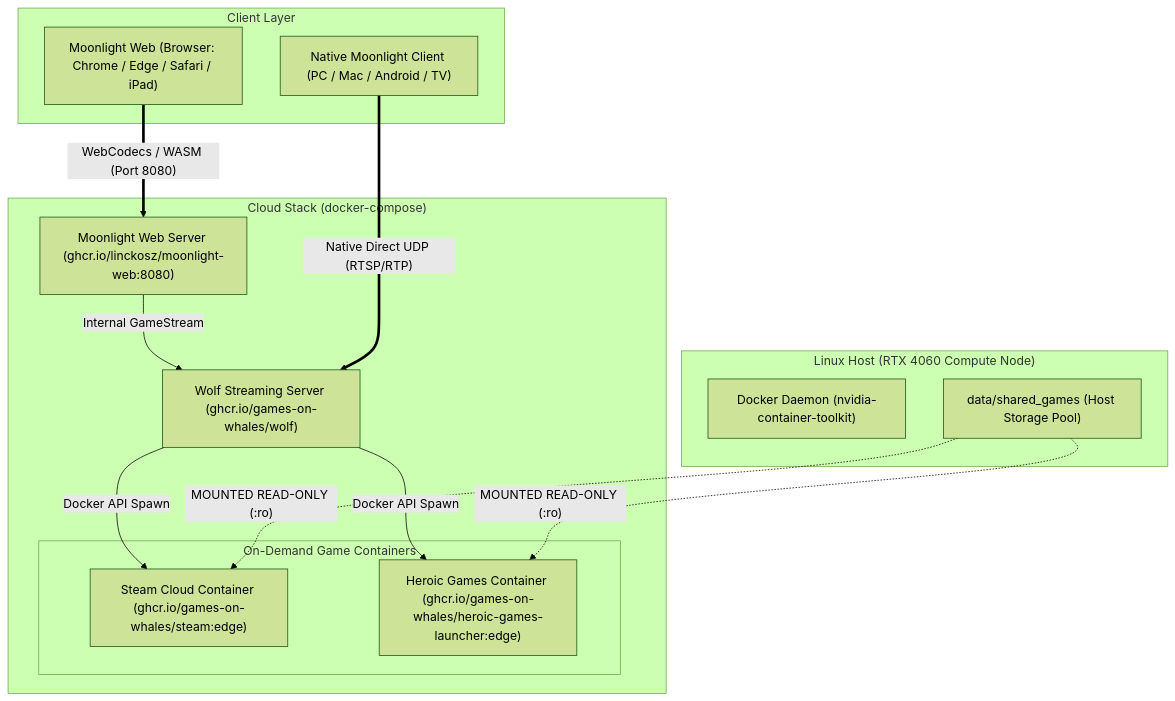
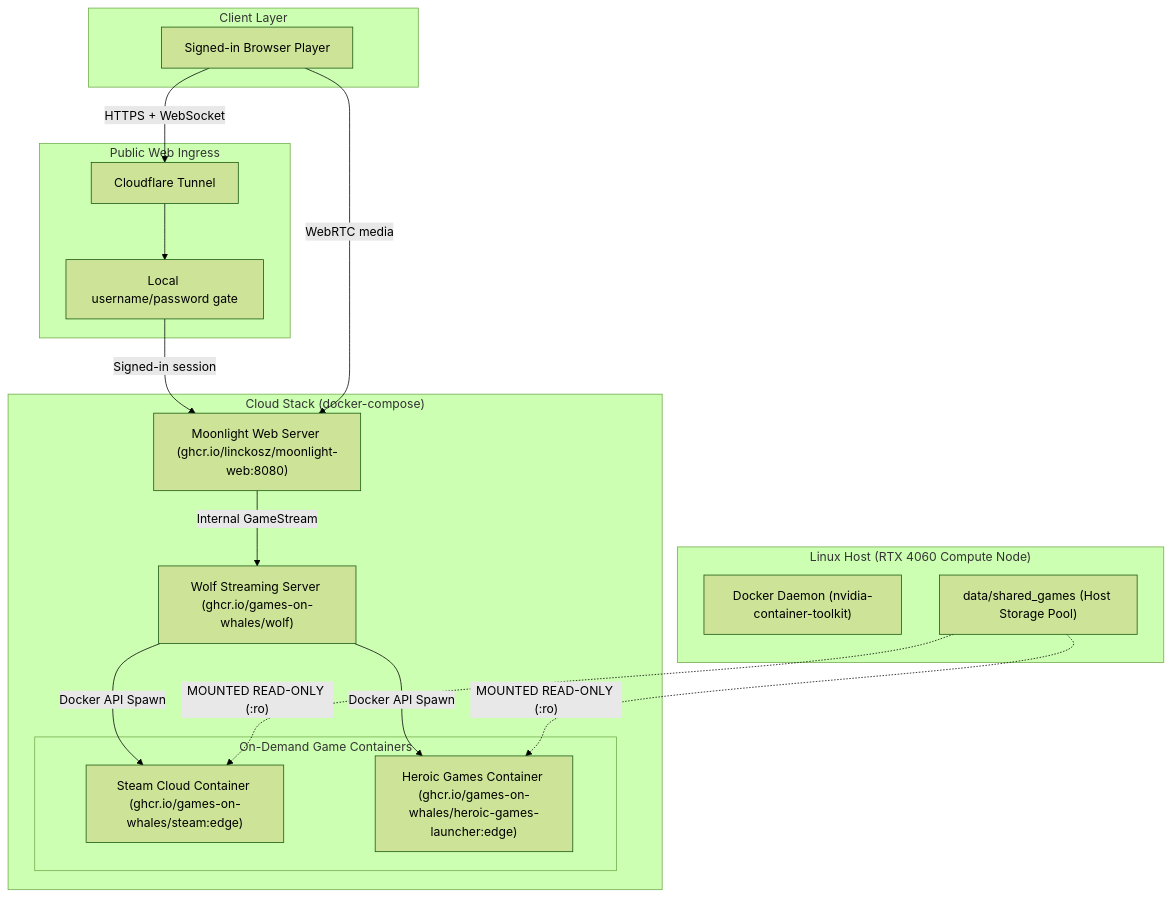
Before and after one commit to Vansh-programmer/Home_Cloud_Gaming: the diagram in README.md, drawn with Mermaid (forest theme). The commit also changed other lines of this file and 22 other files, not shown here.

First line of the commit message:
Add autostart script and Docker configurations for Moonlight and Wolf services

````diff
--- a/README.md
+++ b/README.md
@@ -32,32 +35,38 @@
 ```mermaid
 flowchart TD
     subgraph Clients ["Client Layer"]
-        MW["Moonlight Web (Browser: Chrome / Edge / Safari / iPad)"]
-        ML["Native Moonlight Client (PC / Mac / Android / TV)"]
+        PLAYER["Signed-in Browser Player"]
+    end
+
+    subgraph Ingress ["Public Web Ingress"]
+        TUNNEL["Cloudflare Tunnel"]
+        GATE["Local username/password gate"]
     end
 
     subgraph Host ["Linux Host (RTX 4060 Compute Node)"]
         DK["Docker Daemon (nvidia-container-toolkit)"]
         SG["data/shared_games (Host Storage Pool)"]
     end
 
     subgraph Stack ["Cloud Stack (docker-compose)"]
         WOLF["Wolf Streaming Server (ghcr.io/games-on-whales/wolf)"]
         MWS["Moonlight Web Server (ghcr.io/linckosz/moonlight-web:8080)"]
         
         subgraph Containers ["On-Demand Game Containers"]
             STM["Steam Cloud Container (ghcr.io/games-on-whales/steam:edge)"]
             HER["Heroic Games Container (ghcr.io/games-on-whales/heroic-games-launcher:edge)"]
         end
     end
 
-    MW ==>|"WebCodecs / WASM (Port 8080)"| MWS
+    PLAYER -->|"HTTPS + WebSocket"| TUNNEL
+    TUNNEL --> GATE
+    GATE -->|"Signed-in session"| MWS
     MWS -->|"Internal GameStream"| WOLF
-    ML ==>|"Native Direct UDP (RTSP/RTP)"| WOLF
+    PLAYER -->|"WebRTC media"| MWS
 
     WOLF -->|"Docker API Spawn"| STM
     WOLF -->|"Docker API Spawn"| HER
 
     SG -.->|"MOUNTED READ-ONLY (:ro)"| STM
     SG -.->|"MOUNTED READ-ONLY (:ro)"| HER
 ```
````
